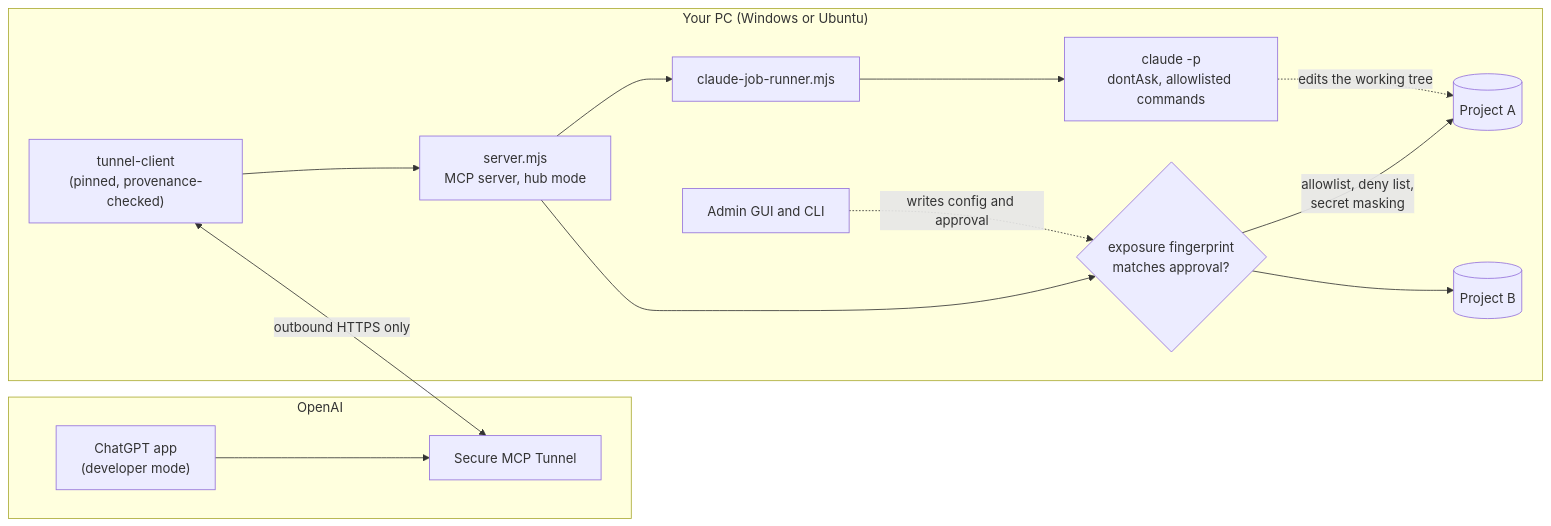
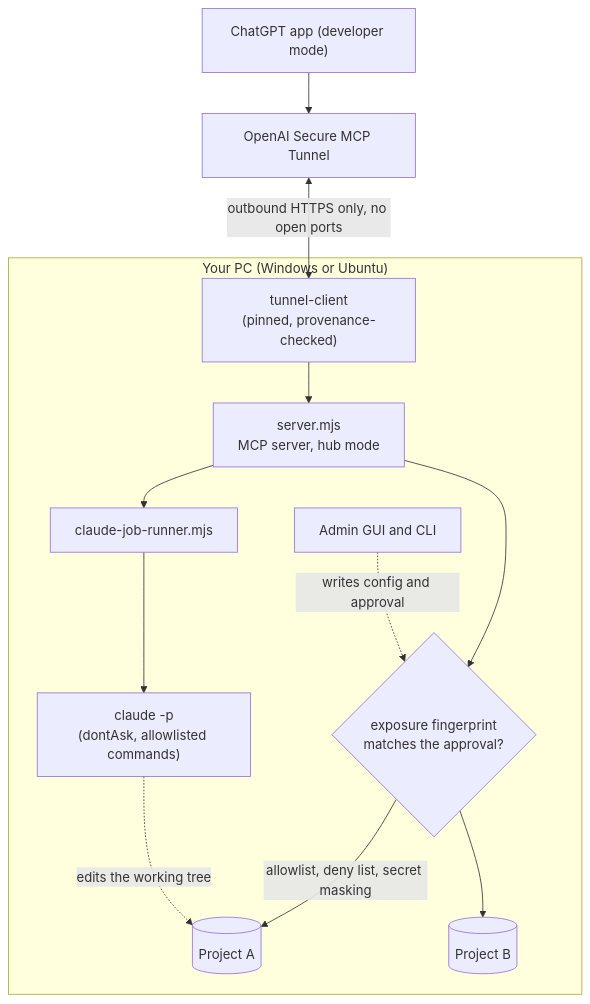
One commit to ringo7pie/chatgpt-project-bridge changed the diagram in README.md. Above: the diagram before and after it, drawn with Mermaid. The commit also changed 1 other file, not shown here.

Commit message:
README: lay out the architecture diagram top to bottom

````diff
--- a/README.md
+++ b/README.md
@@ -46,16 +46,14 @@
 ```mermaid
-flowchart LR
-  subgraph cloud["OpenAI"]
-    chat["ChatGPT app<br/>(developer mode)"] --> tunnel["Secure MCP Tunnel"]
-  end
+flowchart TB
+  chat["ChatGPT app (developer mode)"] --> tunnel["OpenAI Secure MCP Tunnel"]
+  tunnel <-->|"outbound HTTPS only, no open ports"| client
   subgraph pc["Your PC (Windows or Ubuntu)"]
     client["tunnel-client<br/>(pinned, provenance-checked)"] --> server["server.mjs<br/>MCP server, hub mode"]
-    server --> gate{"exposure fingerprint<br/>matches approval?"}
-    gate -->|"allowlist, deny list,<br/>secret masking"| projectA[("Project A")]
+    server --> gate{"exposure fingerprint<br/>matches the approval?"}
+    gate -->|"allowlist, deny list, secret masking"| projectA[("Project A")]
     gate --> projectB[("Project B")]
-    server --> runner["claude-job-runner.mjs"] --> claude["claude -p<br/>dontAsk, allowlisted commands"]
+    server --> runner["claude-job-runner.mjs"] --> claude["claude -p<br/>(dontAsk, allowlisted commands)"]
     claude -. "edits the working tree" .-> projectA
     gui["Admin GUI and CLI"] -. "writes config and approval" .-> gate
   end
-  client <-->|"outbound HTTPS only"| tunnel
 ```
````
